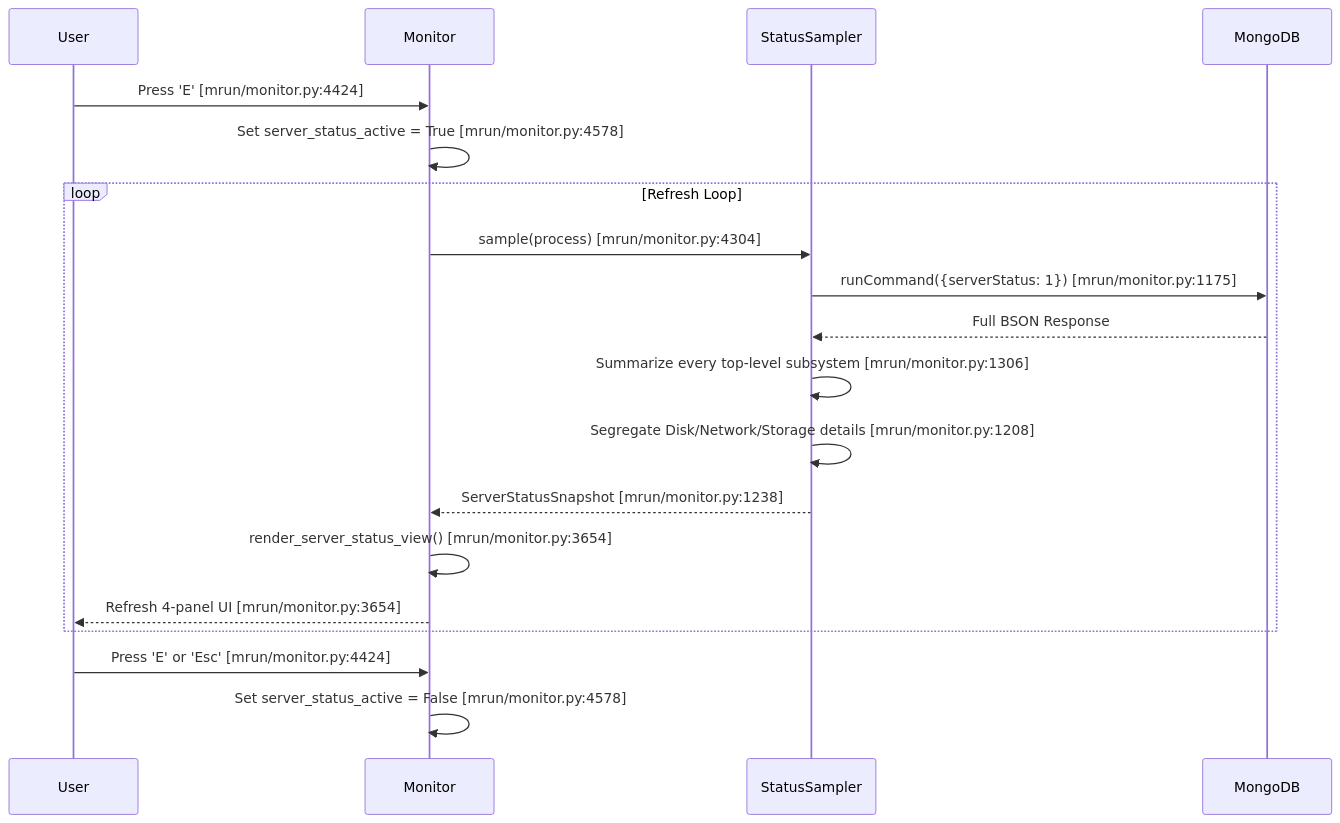
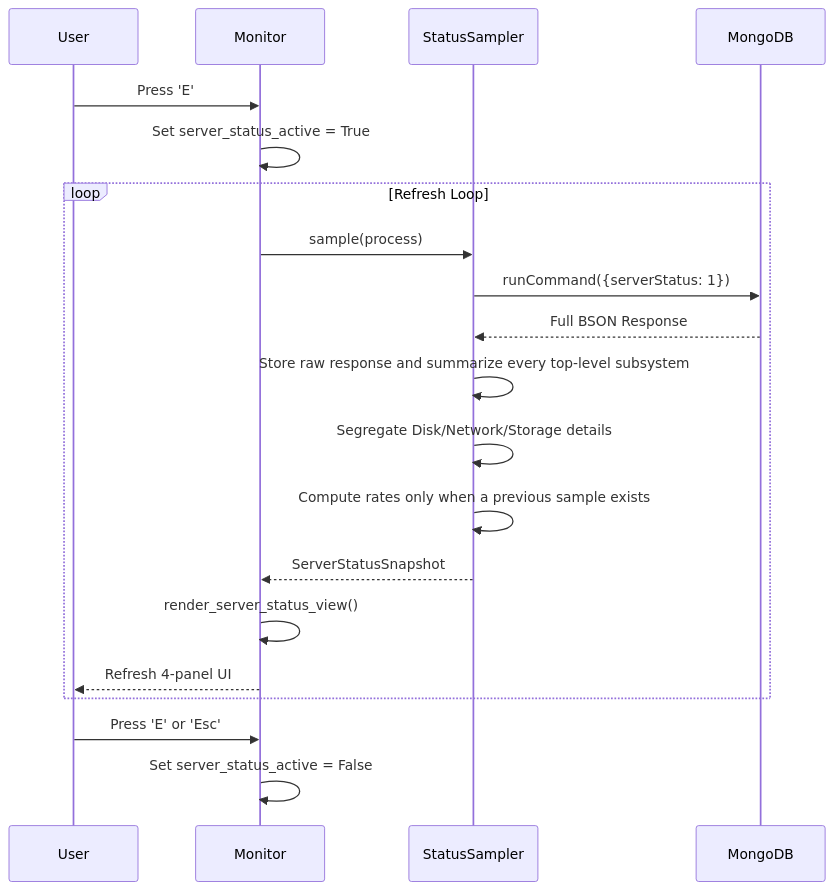
The fifth of 12 diagrams in doc/feature-monitor-guide.md (mongodb/mlaunch), drawn with Mermaid before and after one commit. The commit also changed other lines of this file and 5 other files, not shown here.

Commit message:
Add interactive mrun monitor improvements

````diff
--- a/doc/feature-monitor-guide.md
+++ b/doc/feature-monitor-guide.md
@@ -574,22 +579,23 @@
 ```mermaid
 sequenceDiagram
     participant User
     participant Monitor
     participant StatusSampler
     participant Mongo as MongoDB
 
-    User->>Monitor: Press 'E' [mrun/monitor.py:4424]
-    Monitor->>Monitor: Set server_status_active = True [mrun/monitor.py:4578]
+    User->>Monitor: Press 'E'
+    Monitor->>Monitor: Set server_status_active = True
     loop Refresh Loop
-        Monitor->>StatusSampler: sample(process) [mrun/monitor.py:4304]
-        StatusSampler->>Mongo: runCommand({serverStatus: 1}) [mrun/monitor.py:1175]
+        Monitor->>StatusSampler: sample(process)
+        StatusSampler->>Mongo: runCommand({serverStatus: 1})
         Mongo-->>StatusSampler: Full BSON Response
-        StatusSampler->>StatusSampler: Summarize every top-level subsystem [mrun/monitor.py:1306]
-        StatusSampler->>StatusSampler: Segregate Disk/Network/Storage details [mrun/monitor.py:1208]
-        StatusSampler-->>Monitor: ServerStatusSnapshot [mrun/monitor.py:1238]
-        Monitor->>Monitor: render_server_status_view() [mrun/monitor.py:3654]
-        Monitor-->>User: Refresh 4-panel UI [mrun/monitor.py:3654]
+        StatusSampler->>StatusSampler: Store raw response and summarize every top-level subsystem
+        StatusSampler->>StatusSampler: Segregate Disk/Network/Storage details
+        StatusSampler->>StatusSampler: Compute rates only when a previous sample exists
+        StatusSampler-->>Monitor: ServerStatusSnapshot
+        Monitor->>Monitor: render_server_status_view()
+        Monitor-->>User: Refresh 4-panel UI
     end
-    User->>Monitor: Press 'E' or 'Esc' [mrun/monitor.py:4424]
-    Monitor->>Monitor: Set server_status_active = False [mrun/monitor.py:4578]
+    User->>Monitor: Press 'E' or 'Esc'
+    Monitor->>Monitor: Set server_status_active = False
 ```
````
